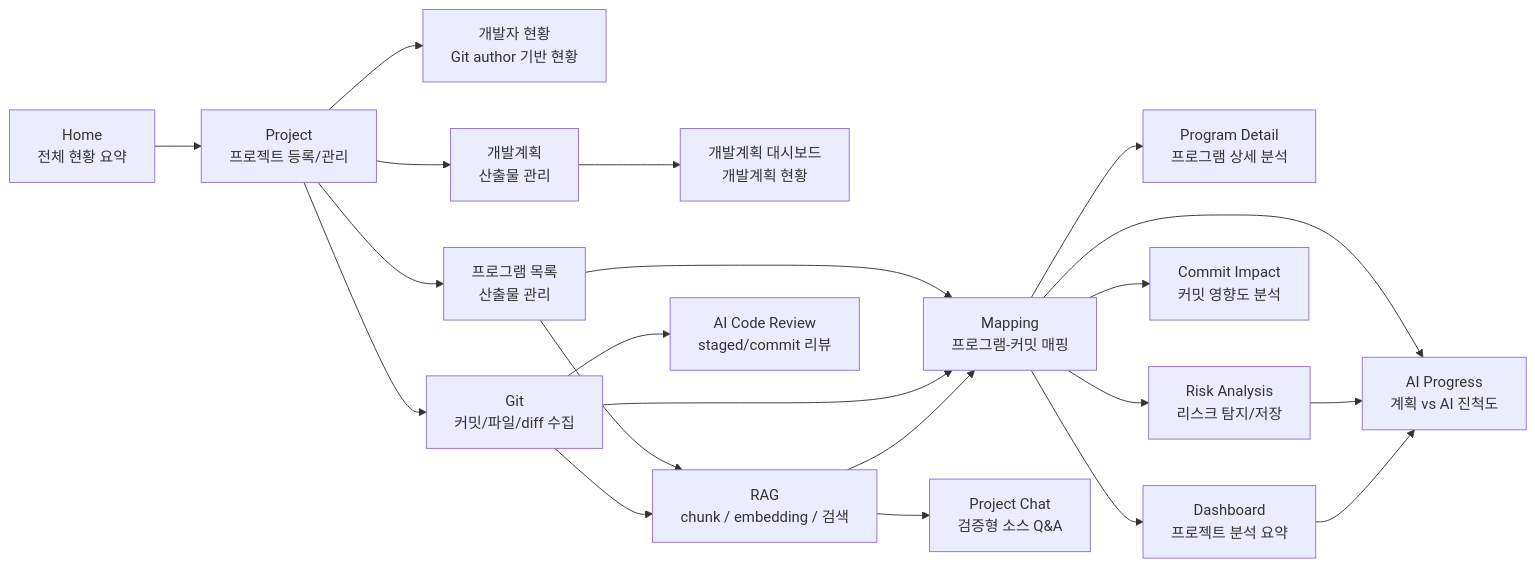
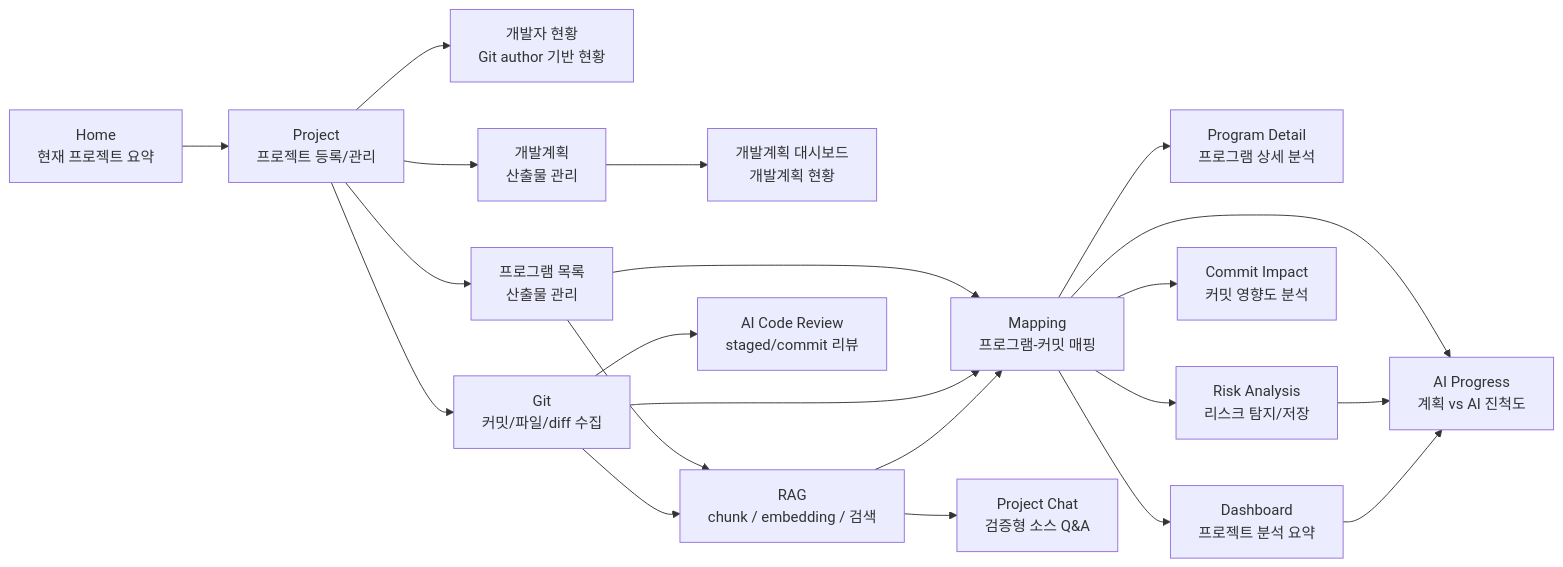
One commit to ino5/ai-commit-advisor-26 changed the second of 8 diagrams in docs/architecture.md. Above: the diagram before and after it, drawn with Mermaid. The commit also changed other lines of this file and 5 other files, not shown here.

Commit message:
feat: focus home on current project

````diff
--- a/docs/architecture.md
+++ b/docs/architecture.md
@@ -75,23 +75,23 @@
 ```mermaid
 flowchart LR
-    Home["Home<br/>전체 현황 요약"] --> Project["Project<br/>프로젝트 등록/관리"]
+    Home["Home<br/>현재 프로젝트 요약"] --> Project["Project<br/>프로젝트 등록/관리"]
     Project --> Developer["개발자 현황<br/>Git author 기반 현황"]
     Project --> Program["프로그램 목록<br/>산출물 관리"]
     Project --> PlanUpload["개발계획<br/>산출물 관리"]
     Project --> Git["Git<br/>커밋/파일/diff 수집"]
     Program --> Mapping["Mapping<br/>프로그램-커밋 매핑"]
     PlanUpload --> PlanningDashboard["개발계획 대시보드<br/>개발계획 현황"]
     Git --> Mapping
     Program --> RAG["RAG<br/>chunk / embedding / 검색"]
     Git --> RAG
     RAG --> Mapping
     RAG --> ProjectChat["Project Chat<br/>검증형 소스 Q&A"]
     Mapping --> ProgramDetail["Program Detail<br/>프로그램 상세 분석"]
     Mapping --> Risk["Risk Analysis<br/>리스크 탐지/저장"]
     Mapping --> Impact["Commit Impact<br/>커밋 영향도 분석"]
     Git --> CodeReview["AI Code Review<br/>staged/commit 리뷰"]
     Mapping --> Dashboard["Dashboard<br/>프로젝트 분석 요약"]
     Mapping --> AIProgress["AI Progress<br/>계획 vs AI 진척도"]
     Risk --> AIProgress
     Dashboard --> AIProgress
 ```
````
